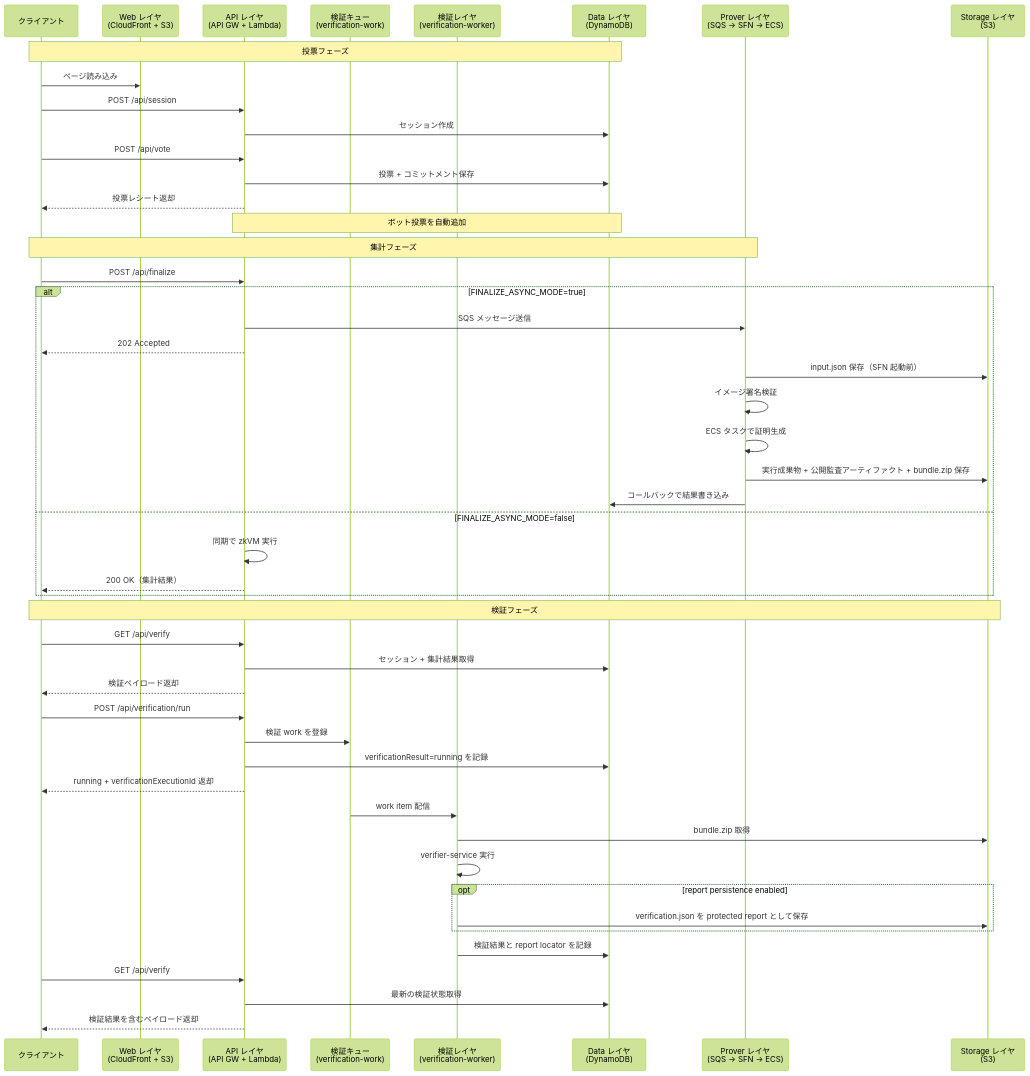
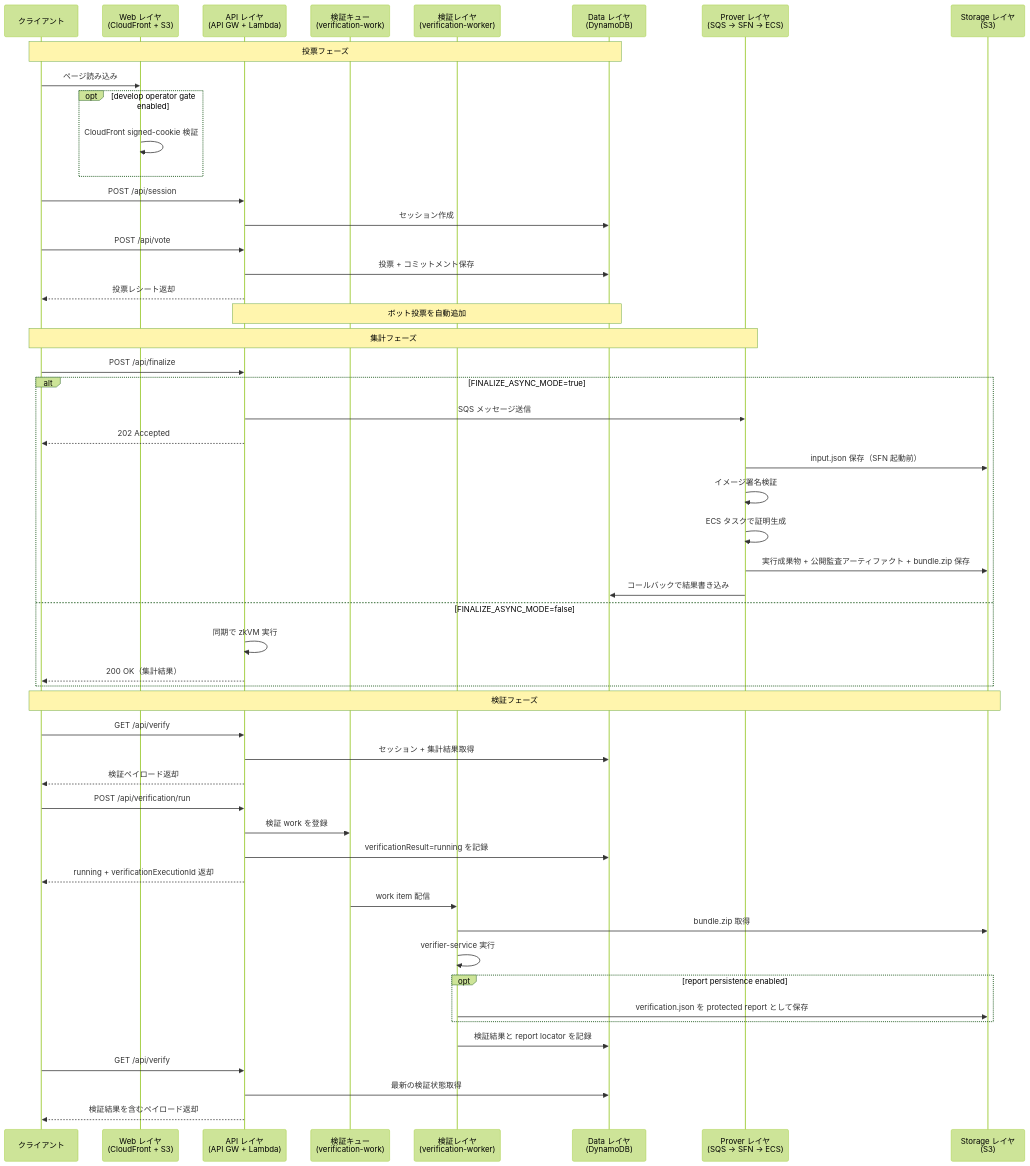
The third of 4 diagrams in public-book/src/aws/topology.md (hwatanabe-jp/stark-ballot-simulator-public), drawn with Mermaid (forest theme) before and after one commit. The commit also changed other lines of this file and 275 other files, not shown here.

````diff
--- a/public-book/src/aws/topology.md
+++ b/public-book/src/aws/topology.md
@@ -148,54 +163,57 @@
 ```mermaid
 sequenceDiagram
   participant C as クライアント
   participant W as Web レイヤ<br/>(CloudFront + S3)
   participant A as API レイヤ<br/>(API GW + Lambda)
   participant Q as 検証キュー<br/>(verification-work)
   participant V as 検証レイヤ<br/>(verification-worker)
   participant D as Data レイヤ<br/>(DynamoDB)
   participant P as Prover レイヤ<br/>(SQS → SFN → ECS)
   participant S as Storage レイヤ<br/>(S3)
 
   Note over C,D: 投票フェーズ
   C->>W: ページ読み込み
+  opt develop operator gate enabled
+    W->>W: CloudFront signed-cookie 検証
+  end
   C->>A: POST /api/session
   A->>D: セッション作成
   C->>A: POST /api/vote
   A->>D: 投票 + コミットメント保存
   A-->>C: 投票レシート返却
   Note over A,D: ボット投票を自動追加
 
   Note over C,P: 集計フェーズ
   C->>A: POST /api/finalize
   alt FINALIZE_ASYNC_MODE=true
     A->>P: SQS メッセージ送信
     A-->>C: 202 Accepted
     P->>S: input.json 保存（SFN 起動前）
     P->>P: イメージ署名検証
     P->>P: ECS タスクで証明生成
     P->>S: 実行成果物 + 公開監査アーティファクト + bundle.zip 保存
     P->>D: コールバックで結果書き込み
   else FINALIZE_ASYNC_MODE=false
     A->>A: 同期で zkVM 実行
     A-->>C: 200 OK（集計結果）
   end
 
   Note over C,S: 検証フェーズ
   C->>A: GET /api/verify
   A->>D: セッション + 集計結果取得
   A-->>C: 検証ペイロード返却
   C->>A: POST /api/verification/run
   A->>Q: 検証 work を登録
   A->>D: verificationResult=running を記録
   A-->>C: running + verificationExecutionId 返却
   Q->>V: work item 配信
   V->>S: bundle.zip 取得
   V->>V: verifier-service 実行
   opt report persistence enabled
     V->>S: verification.json を protected report として保存
   end
   V->>D: 検証結果と report locator を記録
   C->>A: GET /api/verify
   A->>D: 最新の検証状態取得
   A-->>C: 検証結果を含むペイロード返却
 ```
````
